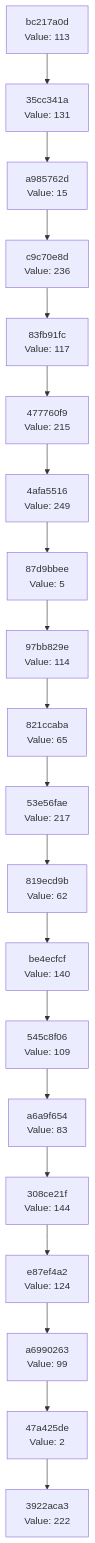
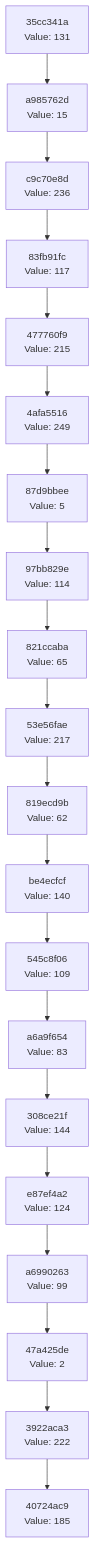
One commit to Abhisheksinha1506/hash-chain-evolver changed the diagram in docs/CHAIN_VISUALIZATION.md. Above: the diagram before and after it, drawn with Mermaid. The commit also changed 2 other files, not shown here.

Commit message:
Evolution Step

````diff
--- a/docs/CHAIN_VISUALIZATION.md
+++ b/docs/CHAIN_VISUALIZATION.md
@@ -3,42 +3,42 @@
 ```mermaid
 graph TD
-    C0["3922aca3<br/>Value: 222"]
-    C1["47a425de<br/>Value: 2"]
+    C0["40724ac9<br/>Value: 185"]
+    C1["3922aca3<br/>Value: 222"]
     C1 --> C0
-    C2["a6990263<br/>Value: 99"]
+    C2["47a425de<br/>Value: 2"]
     C2 --> C1
-    C3["e87ef4a2<br/>Value: 124"]
+    C3["a6990263<br/>Value: 99"]
     C3 --> C2
-    C4["308ce21f<br/>Value: 144"]
+    C4["e87ef4a2<br/>Value: 124"]
     C4 --> C3
-    C5["a6a9f654<br/>Value: 83"]
+    C5["308ce21f<br/>Value: 144"]
     C5 --> C4
-    C6["545c8f06<br/>Value: 109"]
+    C6["a6a9f654<br/>Value: 83"]
     C6 --> C5
-    C7["be4ecfcf<br/>Value: 140"]
+    C7["545c8f06<br/>Value: 109"]
     C7 --> C6
-    C8["819ecd9b<br/>Value: 62"]
+    C8["be4ecfcf<br/>Value: 140"]
     C8 --> C7
-    C9["53e56fae<br/>Value: 217"]
+    C9["819ecd9b<br/>Value: 62"]
     C9 --> C8
-    C10["821ccaba<br/>Value: 65"]
+    C10["53e56fae<br/>Value: 217"]
     C10 --> C9
-    C11["97bb829e<br/>Value: 114"]
+    C11["821ccaba<br/>Value: 65"]
     C11 --> C10
-    C12["87d9bbee<br/>Value: 5"]
+    C12["97bb829e<br/>Value: 114"]
     C12 --> C11
-    C13["4afa5516<br/>Value: 249"]
+    C13["87d9bbee<br/>Value: 5"]
     C13 --> C12
-    C14["477760f9<br/>Value: 215"]
+    C14["4afa5516<br/>Value: 249"]
     C14 --> C13
-    C15["83fb91fc<br/>Value: 117"]
+    C15["477760f9<br/>Value: 215"]
     C15 --> C14
-    C16["c9c70e8d<br/>Value: 236"]
+    C16["83fb91fc<br/>Value: 117"]
     C16 --> C15
-    C17["a985762d<br/>Value: 15"]
+    C17["c9c70e8d<br/>Value: 236"]
     C17 --> C16
-    C18["35cc341a<br/>Value: 131"]
+    C18["a985762d<br/>Value: 15"]
     C18 --> C17
-    C19["bc217a0d<br/>Value: 113"]
+    C19["35cc341a<br/>Value: 131"]
     C19 --> C18
 ```
````
